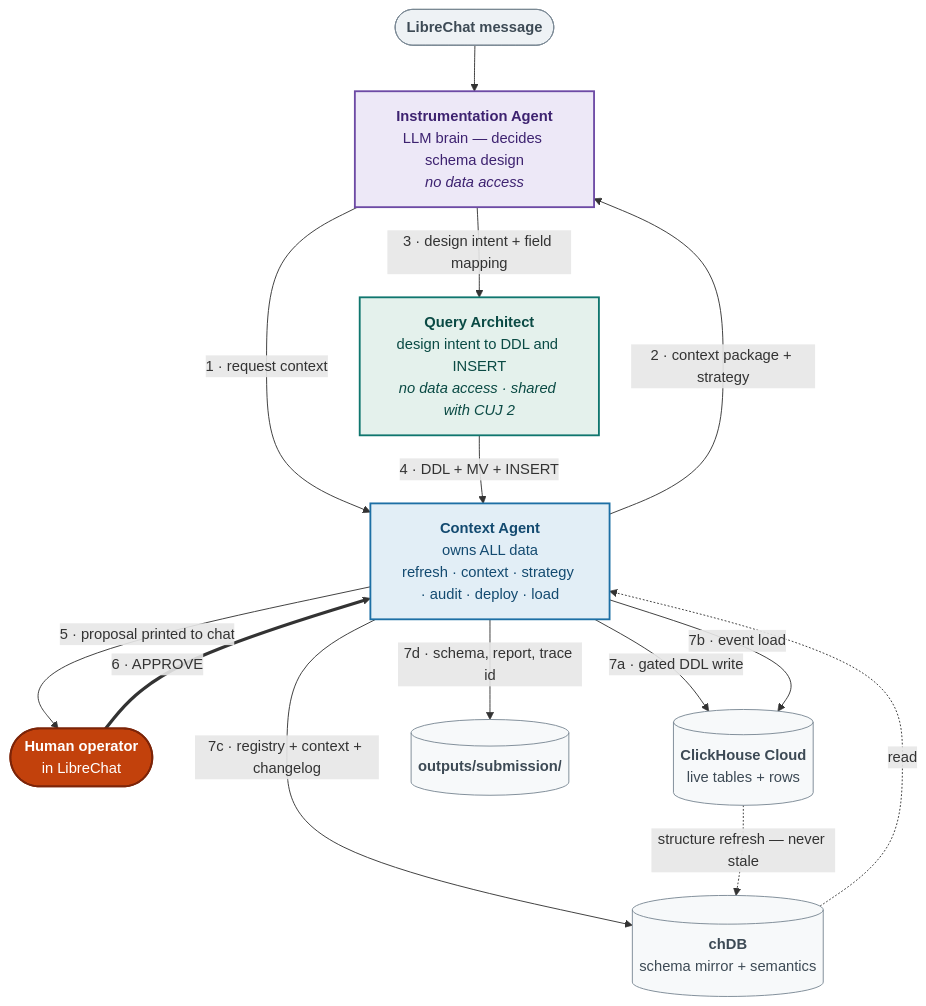
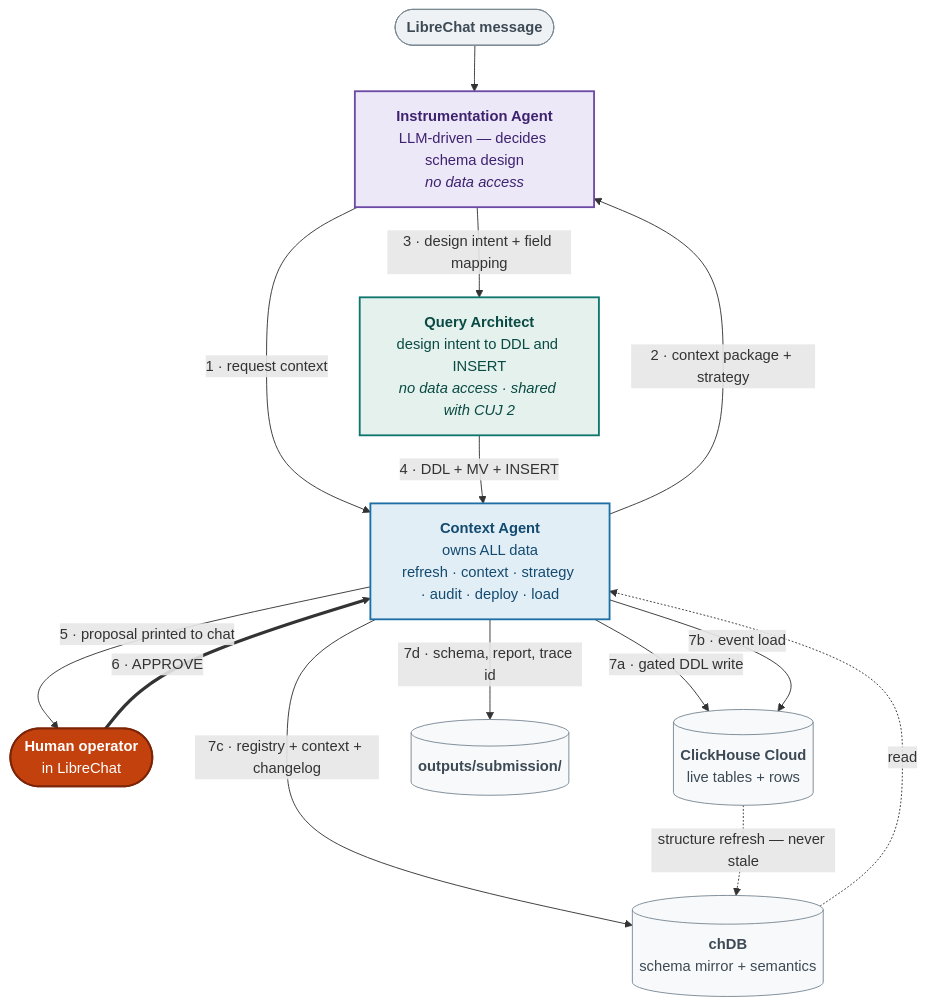
Before and after one commit to deepesh17feb/InsightMesh: the second of 4 diagrams in docs/CUJ1.md, drawn with Mermaid. The commit also changed other lines of this file and 3 other files, not shown here.

````diff
--- a/docs/CUJ1.md
+++ b/docs/CUJ1.md
@@ -172,42 +172,42 @@
 ```mermaid
 flowchart TD
     PROMPT(["<b>LibreChat message</b>"]) --> IE
 
-    IE["<b>Instrumentation Agent</b><br/>LLM brain — decides schema design<br/><i>no data access</i>"]
+    IE["<b>Instrumentation Agent</b><br/>LLM-driven — decides schema design<br/><i>no data access</i>"]
     CL["<b>Context Agent</b><br/>owns ALL data<br/>refresh · context · strategy · audit · deploy · load"]
     QA["<b>Query Architect</b><br/>design intent to DDL and INSERT<br/><i>no data access · shared with CUJ 2</i>"]
     OP(["<b>Human operator</b><br/>in LibreChat"])
 
     IE -->|"1 · request context"| CL
     CL -->|"2 · context package + strategy"| IE
     IE -->|"3 · design intent + field mapping"| QA
     QA -->|"4 · DDL + MV + INSERT"| CL
     CL -->|"5 · proposal printed to chat"| OP
     OP ==>|"6 · APPROVE"| CL
 
     CL -->|"7a · gated DDL write"| LIVE
     CL -->|"7b · event load"| LIVE
     CL -->|"7c · registry + context + changelog"| CHDB
     CL -->|"7d · schema, report, trace id"| ART
 
     CHDB[("<b>chDB</b><br/>schema mirror + semantics")]
     LIVE[("<b>ClickHouse Cloud</b><br/>live tables + rows")]
     ART[("<b>outputs/submission/</b>")]
 
     LIVE -.->|"structure refresh — never stale"| CHDB
     CHDB -.->|"read"| CL
 
     classDef lib fill:#e2eef6,stroke:#1d6fa5,stroke-width:2px,color:#134a70
     classDef eng fill:#ede8f7,stroke:#6d4aa5,stroke-width:2px,color:#3d2270
     classDef arch fill:#e4f1ec,stroke:#0f766e,stroke-width:2px,color:#0a4a44
     classDef human fill:#c2410c,stroke:#7c2408,stroke-width:2px,color:#ffffff
     classDef store fill:#f7f9fa,stroke:#7a8894,stroke-width:1px,color:#3d4a55
     classDef io fill:#eef2f5,stroke:#7a8894,stroke-width:1px,color:#3d4a55
 
     class CL lib
     class IE eng
     class QA arch
     class OP human
     class CHDB,LIVE,ART store
     class PROMPT io
 ```
````
